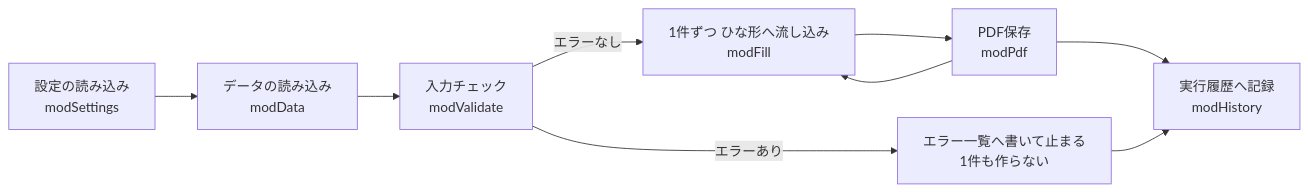
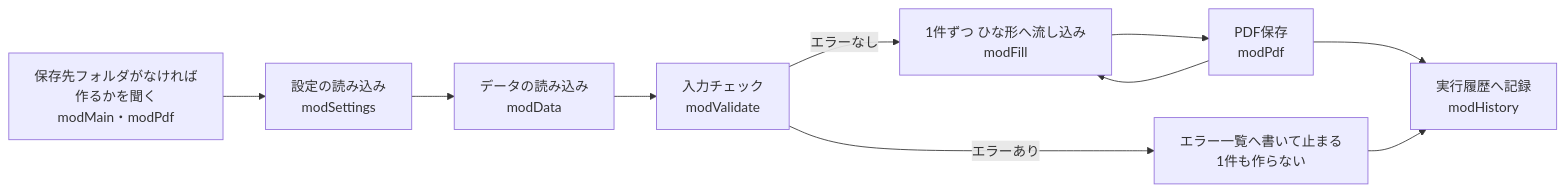
One commit to mori-ikuri/batch-invoice-pdf changed the diagram in docs/引き継ぎメモ.md. Above: the diagram before and after it, drawn with Mermaid. The commit also changed other lines of this file and 10 other files, not shown here.

````diff
--- a/docs/引き継ぎメモ.md
+++ b/docs/引き継ぎメモ.md
@@ -29,11 +29,12 @@
 ```mermaid
 flowchart LR
+    S[保存先フォルダがなければ<br>作るかを聞く<br>modMain・modPdf] --> A
     A[設定の読み込み<br>modSettings] --> B[データの読み込み<br>modData]
     B --> C[入力チェック<br>modValidate]
     C -- エラーあり --> E[エラー一覧へ書いて止まる<br>1件も作らない]
     C -- エラーなし --> F[1件ずつ ひな形へ流し込み<br>modFill]
     F --> G[PDF保存<br>modPdf]
     G --> F
     G --> H[実行履歴へ記録<br>modHistory]
     E --> H
 ```
````
